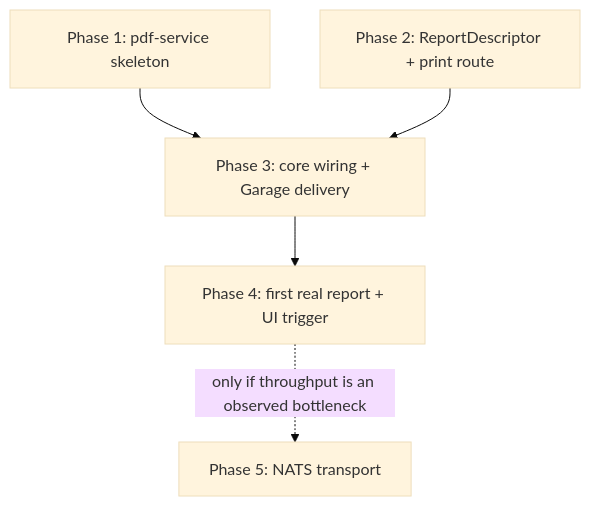
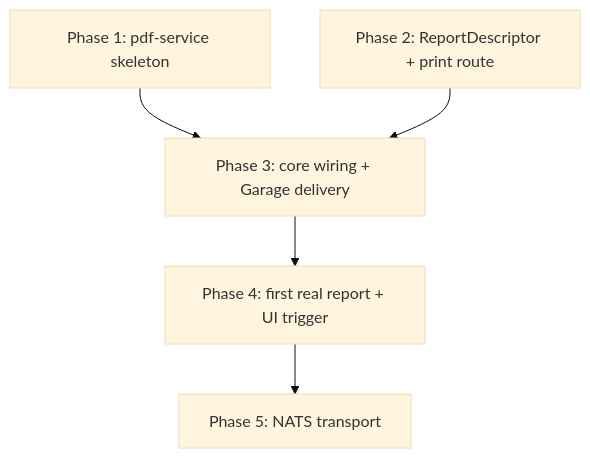
The diagram in docs/roadmaps/pdf-reports.md (noiia/EERP), drawn with Mermaid (base theme) before and after one commit. The commit also changed other lines of this file and 14 other files, not shown here.

````diff
--- a/docs/roadmaps/pdf-reports.md
+++ b/docs/roadmaps/pdf-reports.md
@@ -338,7 +392,7 @@
 ```mermaid
 flowchart TD
     P1[Phase 1: pdf-service skeleton] --> P3[Phase 3: core wiring + Garage delivery]
     P2[Phase 2: ReportDescriptor + print route] --> P3
     P3 --> P4[Phase 4: first real report + UI trigger]
-    P4 -.only if throughput is an observed bottleneck.-> P5[Phase 5: NATS transport]
+    P4 --> P5[Phase 5: NATS transport]
 ```
````
